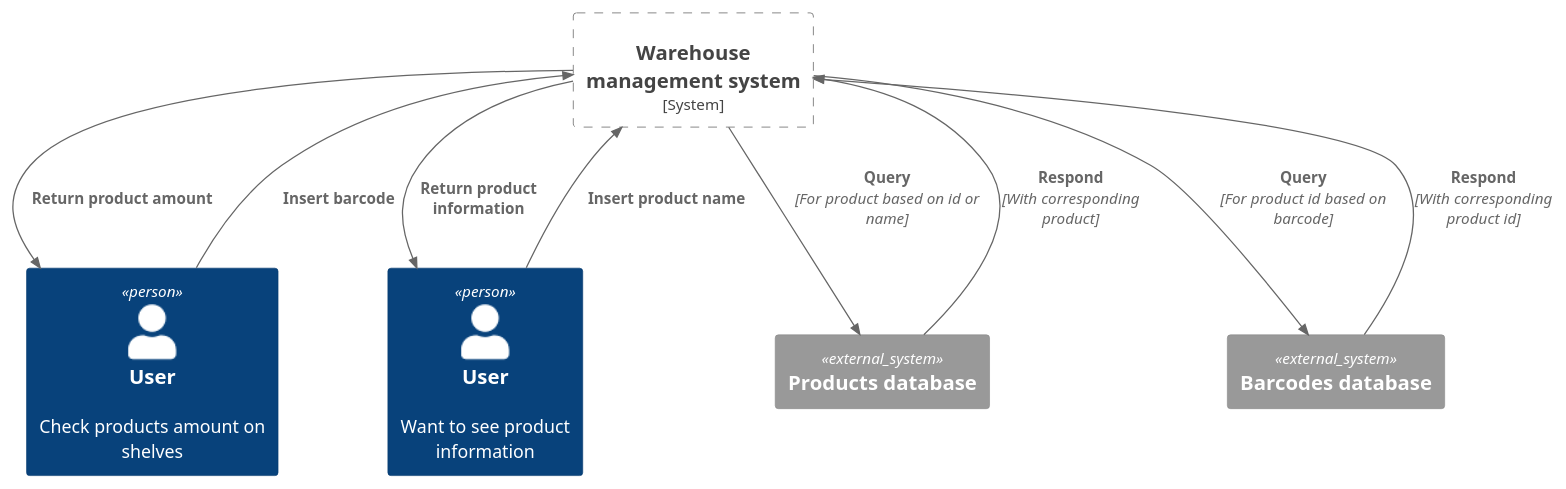
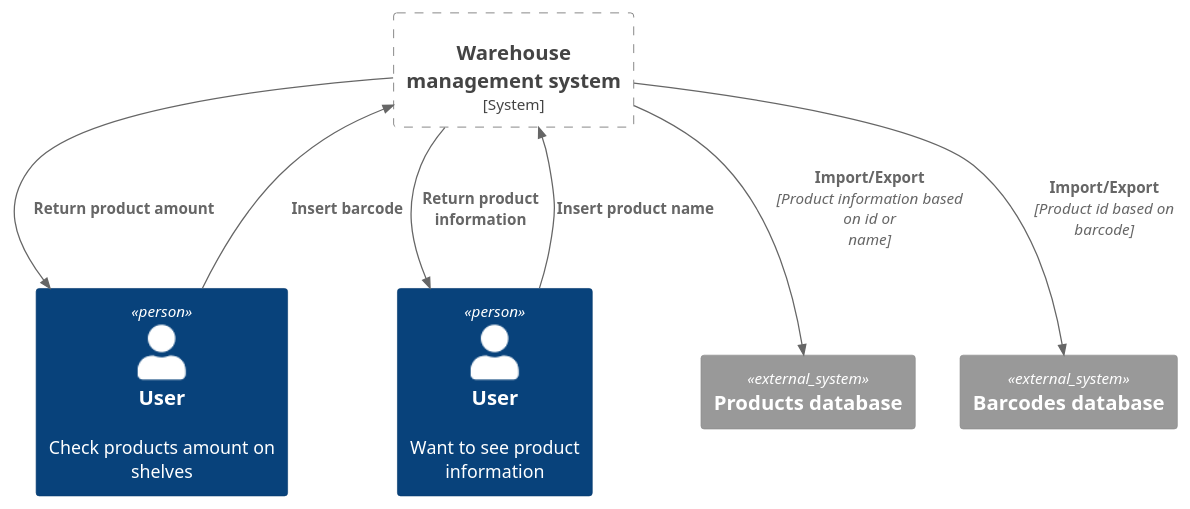
The diagram in src/sa/model/context/context.puml (USI-MSDE-SA-2023/sa--Simone-Piatti), drawn with PlantUML before and after one commit. The commit also changed 5 other files, not shown here.

```diff
--- a/src/sa/model/context/context.puml
+++ b/src/sa/model/context/context.puml
@@ -1,25 +1,23 @@
 @startuml
 !include <C4/C4_Container>
 
 Person(user_1, "User", "Check products amount on shelves")
 Person(user_2, "User", "Want to see product information")
 
 System_Boundary(boundary, "Warehouse management system") {
 
 }
 
 System_Ext(Pdb, "Products database")
 System_Ext(Bdb, "Barcodes database")
 
 Rel(user_1, boundary, "Insert barcode")
 Rel(boundary, user_1, "Return product amount")
 
 Rel(user_2, boundary, "Insert product name")
 Rel(boundary, user_2, "Return product information")
 
-Rel(boundary, Bdb, "Query", "For product id based on barcode")
-Rel(Bdb, boundary, "Respond", "With corresponding product id")
+Rel(boundary, Bdb, "Import/Export", "Product id based on barcode")
 
-Rel(boundary, Pdb, "Query", "For product based on id or name")
-Rel(Pdb, boundary, "Respond", "With corresponding product")
+Rel(boundary, Pdb, "Import/Export", "Product information based on id or name")
 @enduml
```
